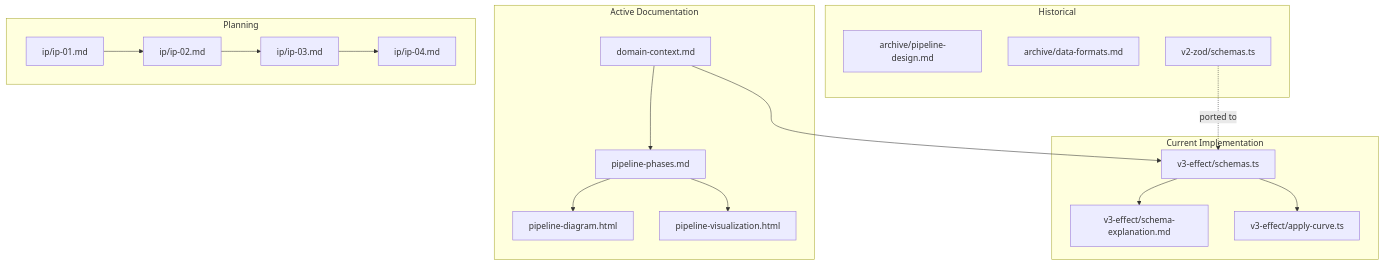
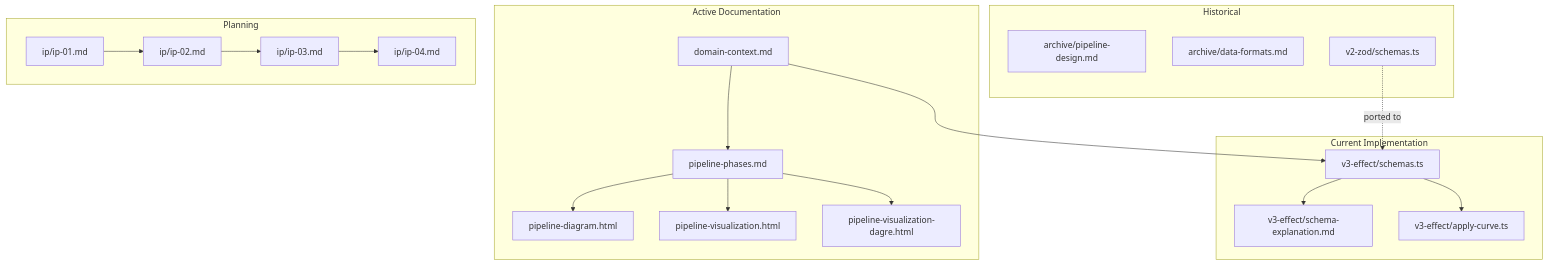
The diagram in score-post-llm-pipeline/index.md (paideia-ai/tech-doc-axiia), drawn with Mermaid before and after one commit. The commit also changed other lines of this file and 12 other files, not shown here.

````diff
--- a/score-post-llm-pipeline/index.md
+++ b/score-post-llm-pipeline/index.md
@@ -56,29 +57,30 @@
 ```mermaid
 graph TD
     subgraph "Active Documentation"
         DC[domain-context.md] --> PP[pipeline-phases.md]
         PP --> DIAG[pipeline-diagram.html]
         PP --> VIZ[pipeline-visualization.html]
+        PP --> VIZD[pipeline-visualization-dagre.html]
     end
 
     subgraph "Current Implementation"
         ESCH[v3-effect/schemas.ts]
         ESCH --> EXP[v3-effect/schema-explanation.md]
         ESCH --> AC[v3-effect/apply-curve.ts]
     end
 
     subgraph "Historical"
         PD[archive/pipeline-design.md]
         DF[archive/data-formats.md]
         SCH[v2-zod/schemas.ts]
         SCH -. "ported to" .-> ESCH
     end
 
     subgraph "Planning"
         IP1[ip/ip-01.md] --> IP2[ip/ip-02.md]
         IP2 --> IP3[ip/ip-03.md]
         IP3 --> IP4[ip/ip-04.md]
     end
 
     DC --> ESCH
 ```
````
